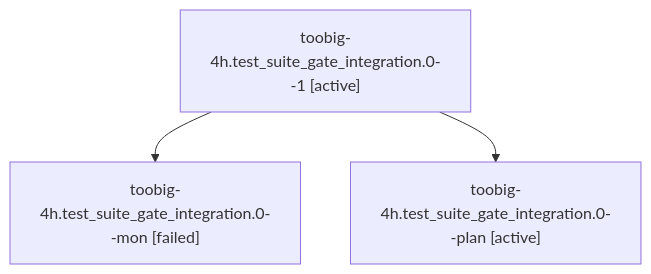
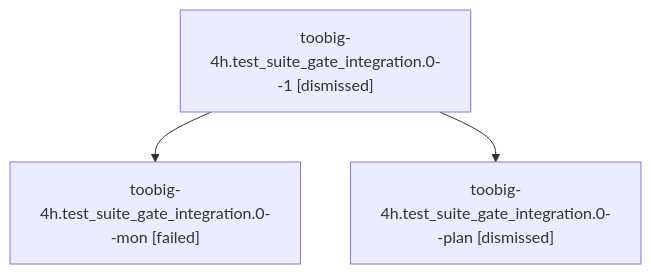
The diagram in sessions/bbugyi200.athena.toobig-4h.test_suite_gate_integration.0.md (sase-org/sase--agents), drawn with Mermaid before and after one commit. The commit also changed other lines of this file and 73 other files, not shown here.

````diff
--- a/sessions/bbugyi200.athena.toobig-4h.test_suite_gate_integration.0.md
+++ b/sessions/bbugyi200.athena.toobig-4h.test_suite_gate_integration.0.md
@@ -9,8 +9,8 @@
 ```mermaid
 flowchart TD
-  n0["toobig-4h.test_suite_gate_integration.0--1 [active]"]
+  n0["toobig-4h.test_suite_gate_integration.0--1 [dismissed]"]
   n1["toobig-4h.test_suite_gate_integration.0--mon [failed]"]
   n0 --> n1
-  n2["toobig-4h.test_suite_gate_integration.0--plan [active]"]
+  n2["toobig-4h.test_suite_gate_integration.0--plan [dismissed]"]
   n0 --> n2
 ```
````
